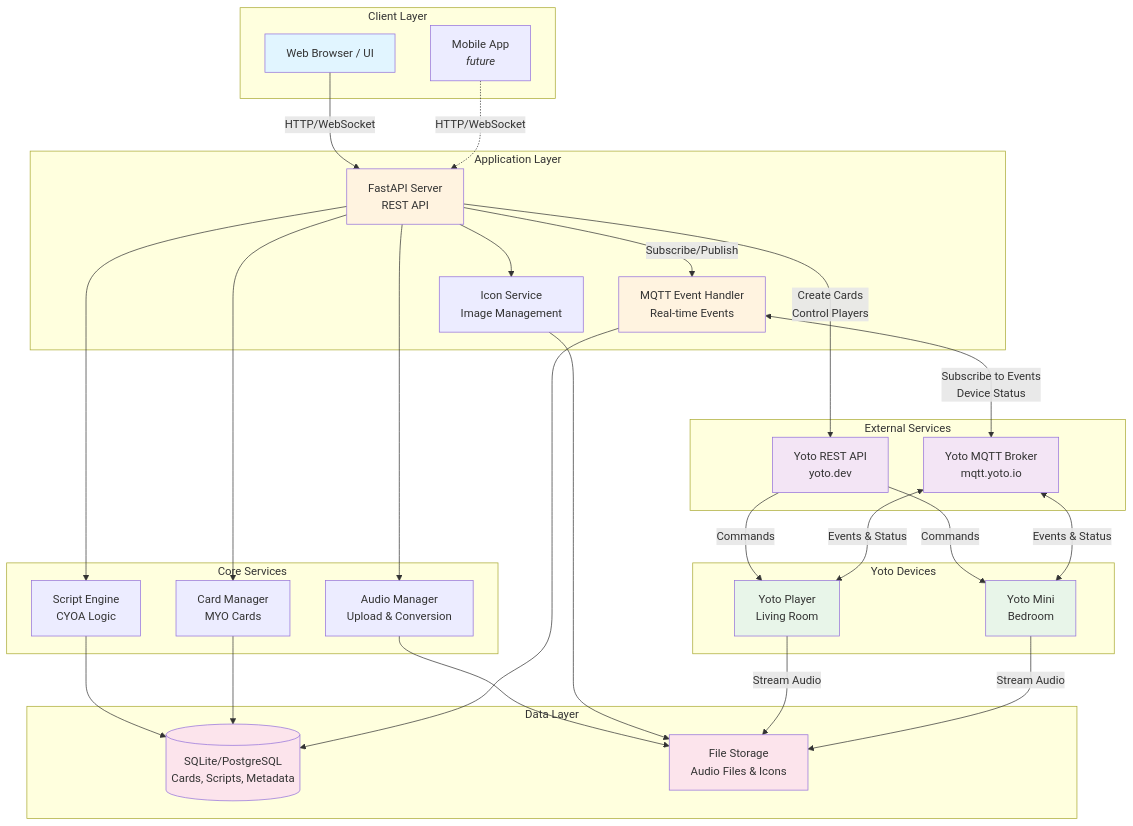
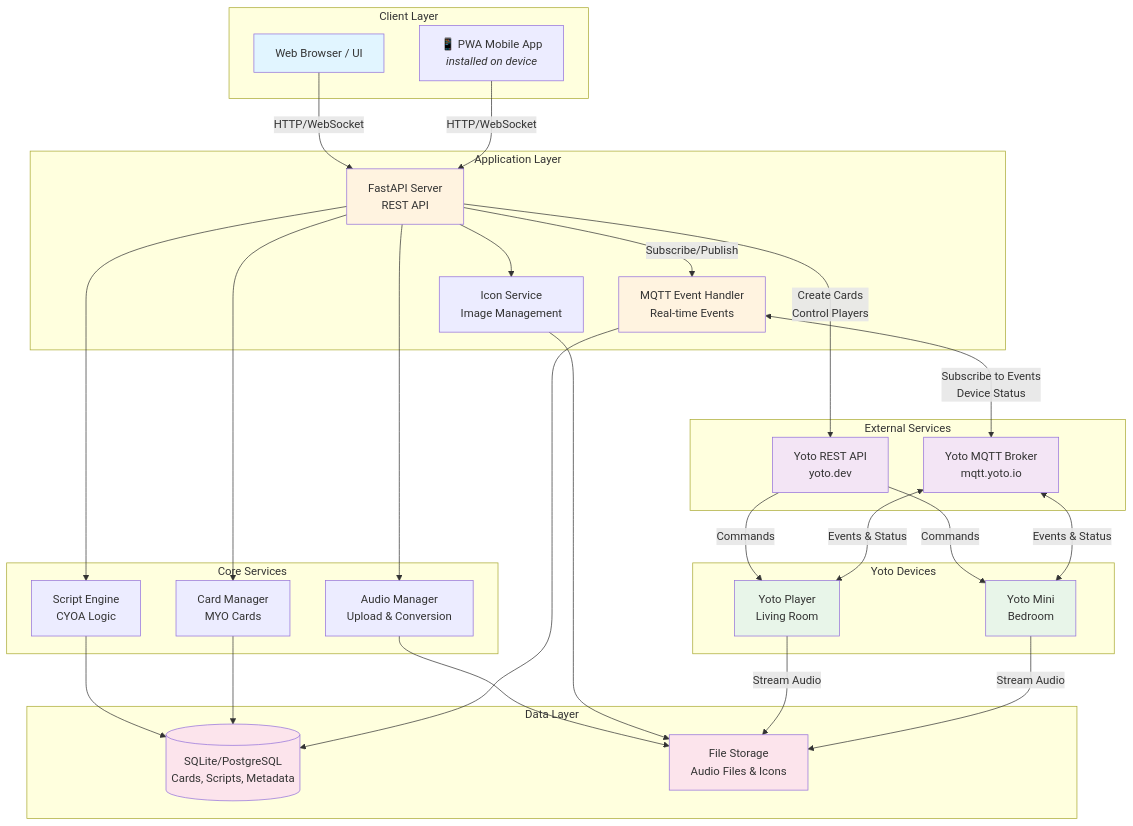
The first of 2 diagrams in README.md (earchibald/yoto-smart-stream), drawn with Mermaid before and after one commit. The commit also changed other lines of this file and 3 other files, not shown here.

Commit message:
Add comprehensive PWA documentation and mobile screenshots

````diff
--- a/README.md
+++ b/README.md
@@ -32,70 +33,70 @@
 ```mermaid
 graph TB
     subgraph "Client Layer"
         WebUI[Web Browser / UI]
-        MobileApp[Mobile App<br/><i>future</i>]
+        PWAMobile[📱 PWA Mobile App<br/><i>installed on device</i>]
     end
 
     subgraph "Application Layer"
         API[FastAPI Server<br/>REST API]
         MQTT_Handler[MQTT Event Handler<br/>Real-time Events]
         IconService[Icon Service<br/>Image Management]
     end
 
     subgraph "Core Services"
         AudioMgr[Audio Manager<br/>Upload & Conversion]
         ScriptEngine[Script Engine<br/>CYOA Logic]
         CardMgr[Card Manager<br/>MYO Cards]
     end
 
     subgraph "Data Layer"
         DB[(SQLite/PostgreSQL<br/>Cards, Scripts, Metadata)]
         FileStorage[File Storage<br/>Audio Files & Icons]
     end
 
     subgraph "External Services"
         YotoAPI[Yoto REST API<br/>yoto.dev]
         YotoMQTT[Yoto MQTT Broker<br/>mqtt.yoto.io]
     end
 
     subgraph "Yoto Devices"
         YotoPlayer1[Yoto Player<br/>Living Room]
         YotoMini[Yoto Mini<br/>Bedroom]
     end
 
     WebUI -->|HTTP/WebSocket| API
-    MobileApp -.->|HTTP/WebSocket| API
+    PWAMobile -->|HTTP/WebSocket| API
 
     API --> AudioMgr
     API --> ScriptEngine
     API --> CardMgr
     API --> IconService
     API -->|Subscribe/Publish| MQTT_Handler
 
     AudioMgr --> FileStorage
     ScriptEngine --> DB
     CardMgr --> DB
     IconService --> FileStorage
     MQTT_Handler --> DB
 
     API -->|Create Cards<br/>Control Players| YotoAPI
     MQTT_Handler <-->|Subscribe to Events<br/>Device Status| YotoMQTT
 
     YotoAPI -->|Commands| YotoPlayer1
     YotoAPI -->|Commands| YotoMini
     YotoMQTT <-->|Events & Status| YotoPlayer1
     YotoMQTT <-->|Events & Status| YotoMini
 
     YotoPlayer1 -->|Stream Audio| FileStorage
     YotoMini -->|Stream Audio| FileStorage
 
     style WebUI fill:#e1f5ff
     style API fill:#fff3e0
     style MQTT_Handler fill:#fff3e0
     style YotoAPI fill:#f3e5f5
     style YotoMQTT fill:#f3e5f5
     style YotoPlayer1 fill:#e8f5e9
     style YotoMini fill:#e8f5e9
     style DB fill:#fce4ec
     style FileStorage fill:#fce4ec
 ```
````
